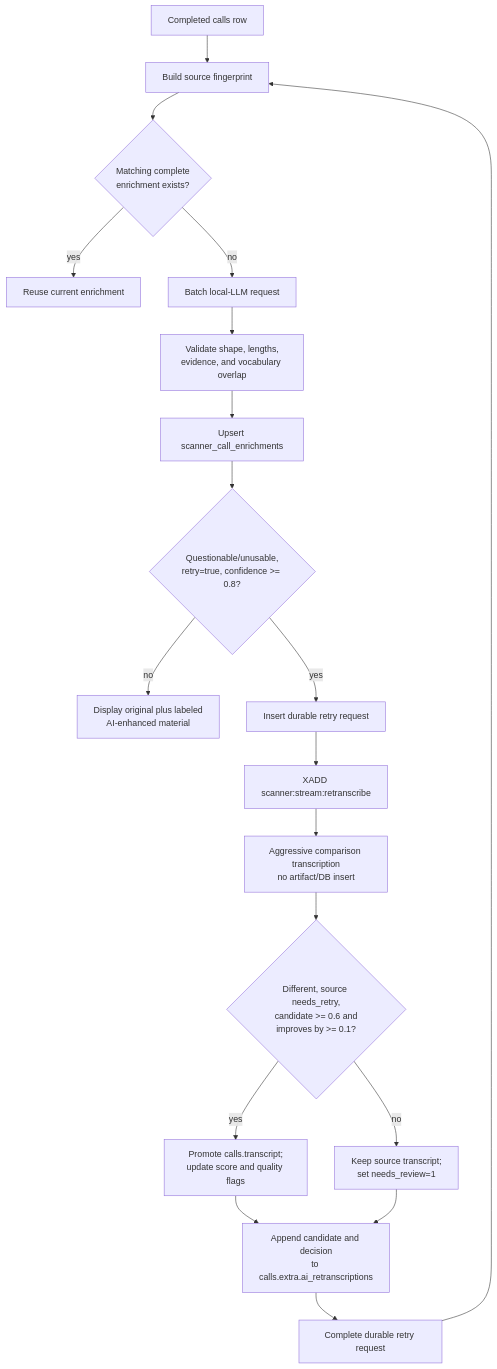
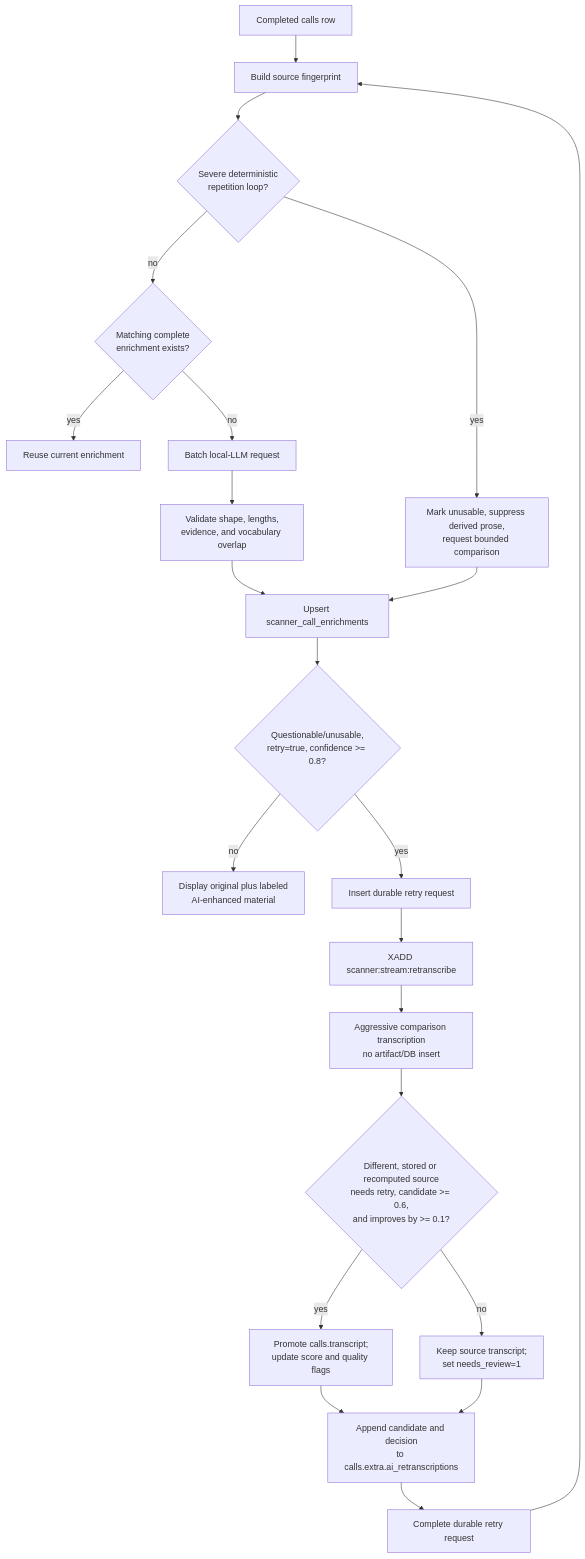
Before and after one commit to iamcalledned/neds_scanner_radio_full_repo: the fourth of 7 diagrams in docs/scanner_system_architecture.md, drawn with Mermaid. The commit also changed other lines of this file and 33 other files, not shown here.

````diff
--- a/docs/scanner_system_architecture.md
+++ b/docs/scanner_system_architecture.md
@@ -491,21 +496,24 @@
 ```mermaid
 flowchart TD
     A["Completed calls row"] --> FP["Build source fingerprint"]
-    FP --> CHECK{"Matching complete<br/>enrichment exists?"}
+    FP --> LOOP{"Severe deterministic<br/>repetition loop?"}
+    LOOP -->|yes| REJECT["Mark unusable, suppress derived prose,<br/>request bounded comparison"]
+    LOOP -->|no| CHECK{"Matching complete<br/>enrichment exists?"}
     CHECK -->|yes| REUSE["Reuse current enrichment"]
     CHECK -->|no| LLM["Batch local-LLM request"]
     LLM --> VALIDATE["Validate shape, lengths,<br/>evidence, and vocabulary overlap"]
     VALIDATE --> SAVE["Upsert scanner_call_enrichments"]
+    REJECT --> SAVE
     SAVE --> DECIDE{"Questionable/unusable,<br/>retry=true, confidence >= 0.8?"}
     DECIDE -->|no| DISPLAY["Display original plus labeled<br/>AI-enhanced material"]
     DECIDE -->|yes| REQUEST["Insert durable retry request"]
     REQUEST --> DISPATCH["XADD scanner:stream:retranscribe"]
     DISPATCH --> COMPARE["Aggressive comparison transcription<br/>no artifact/DB insert"]
-    COMPARE --> SCORE{"Different, source needs_retry,<br/>candidate >= 0.6 and<br/>improves by >= 0.1?"}
+    COMPARE --> SCORE{"Different, stored or recomputed source<br/>needs retry, candidate >= 0.6,<br/>and improves by >= 0.1?"}
     SCORE -->|yes| PROMOTE["Promote calls.transcript;<br/>update score and quality flags"]
     SCORE -->|no| REVIEW["Keep source transcript;<br/>set needs_review=1"]
     PROMOTE --> HISTORY["Append candidate and decision<br/>to calls.extra.ai_retranscriptions"]
     REVIEW --> HISTORY
     HISTORY --> COMPLETE["Complete durable retry request"]
     COMPLETE --> FP
 ```
````
